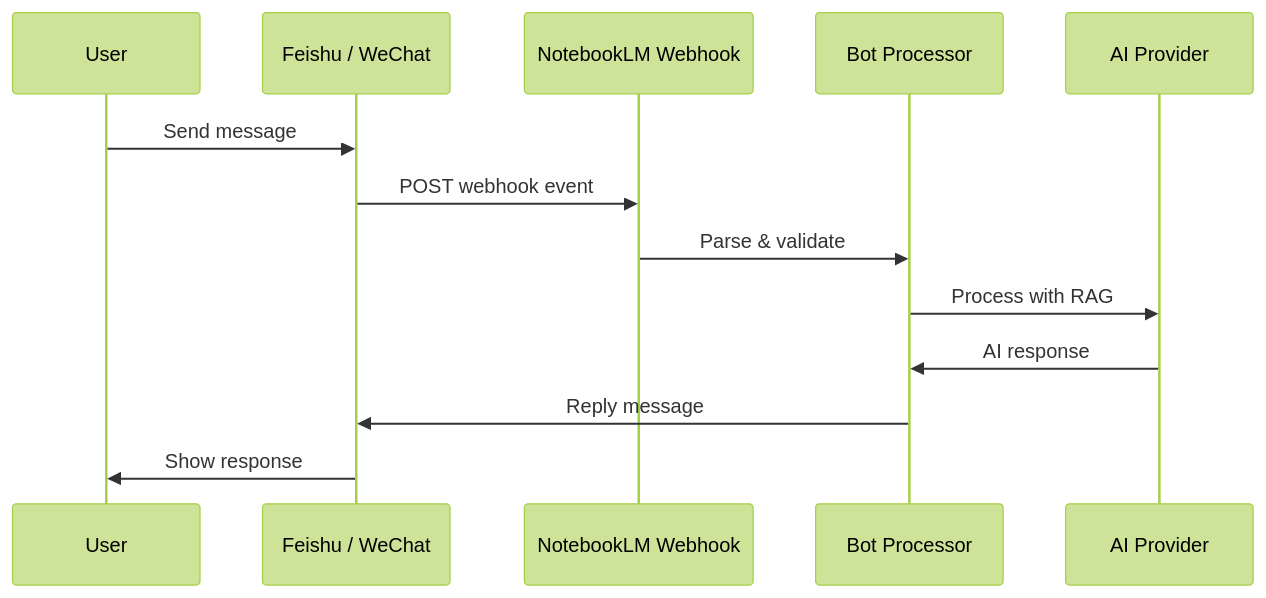
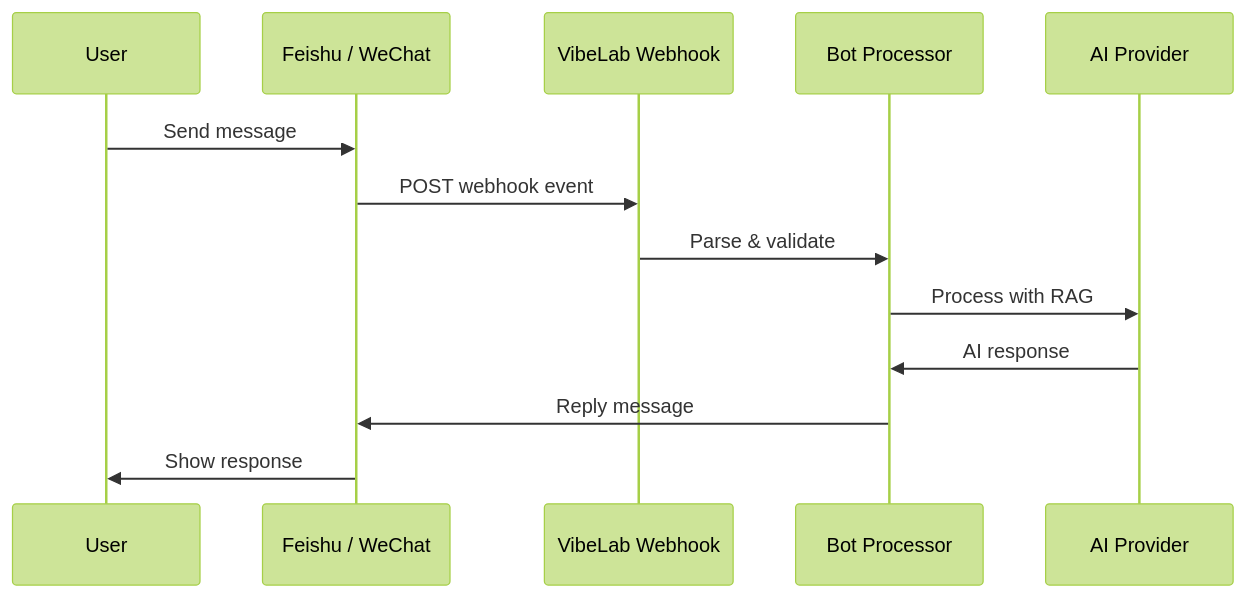
One commit to zjowowen/InnoClaw changed the diagram in docs/notifications/index.md. Above: the diagram before and after it, drawn with Mermaid (forest theme). The commit also changed other lines of this file and 29 other files, not shown here.

````diff
--- a/docs/notifications/index.md
+++ b/docs/notifications/index.md
@@ -14,16 +14,16 @@
 ```{mermaid}
 sequenceDiagram
     participant User
     participant Platform as Feishu / WeChat
-    participant Webhook as NotebookLM Webhook
+    participant Webhook as VibeLab Webhook
     participant Processor as Bot Processor
     participant AI as AI Provider
 
     User->>Platform: Send message
     Platform->>Webhook: POST webhook event
     Webhook->>Processor: Parse & validate
     Processor->>AI: Process with RAG
     AI->>Processor: AI response
     Processor->>Platform: Reply message
     Platform->>User: Show response
 ```
````
